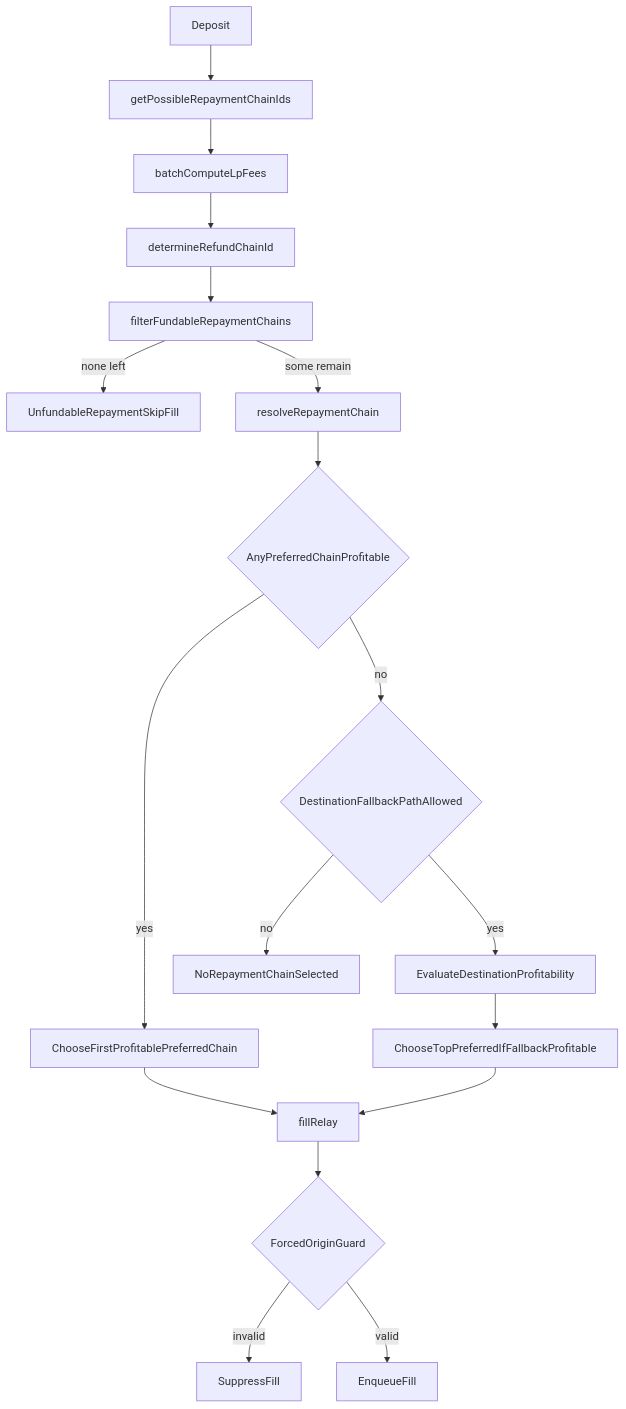
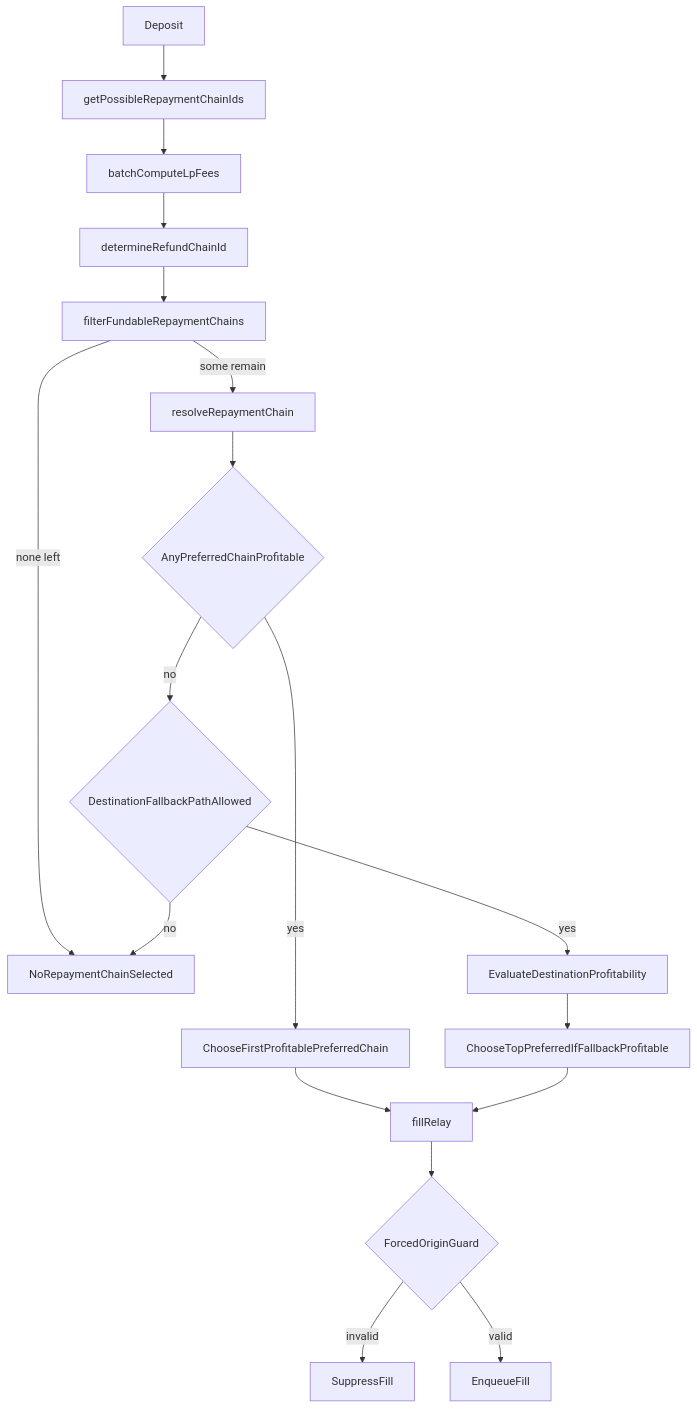
The diagram in docs/repayment-selection.md (across-protocol/relayer), drawn with Mermaid before and after one commit. The commit also changed other lines of this file and 1 other file, not shown here.

````diff
--- a/docs/repayment-selection.md
+++ b/docs/repayment-selection.md
@@ -34,20 +34,20 @@
 ```mermaid
 flowchart TD
     deposit[Deposit] --> possible[getPossibleRepaymentChainIds]
     possible --> precompute[batchComputeLpFees]
     precompute --> eligible[determineRefundChainId]
     eligible --> fundable[filterFundableRepaymentChains]
-    fundable -->|none left| unfundable[UnfundableRepaymentSkipFill]
+    fundable -->|none left| none[NoRepaymentChainSelected]
     fundable -->|some remain| resolve[resolveRepaymentChain]
     resolve --> prof{AnyPreferredChainProfitable}
     prof -->|yes| firstProfitable[ChooseFirstProfitablePreferredChain]
     prof -->|no| fallback{DestinationFallbackPathAllowed}
     fallback -->|yes| fallbackProfit[EvaluateDestinationProfitability]
     fallback -->|no| none[NoRepaymentChainSelected]
     fallbackProfit --> chooseTop[ChooseTopPreferredIfFallbackProfitable]
     firstProfitable --> fill[fillRelay]
     chooseTop --> fill
     fill --> enforce{ForcedOriginGuard}
     enforce -->|invalid| suppress[SuppressFill]
     enforce -->|valid| enqueue[EnqueueFill]
 ```
````
